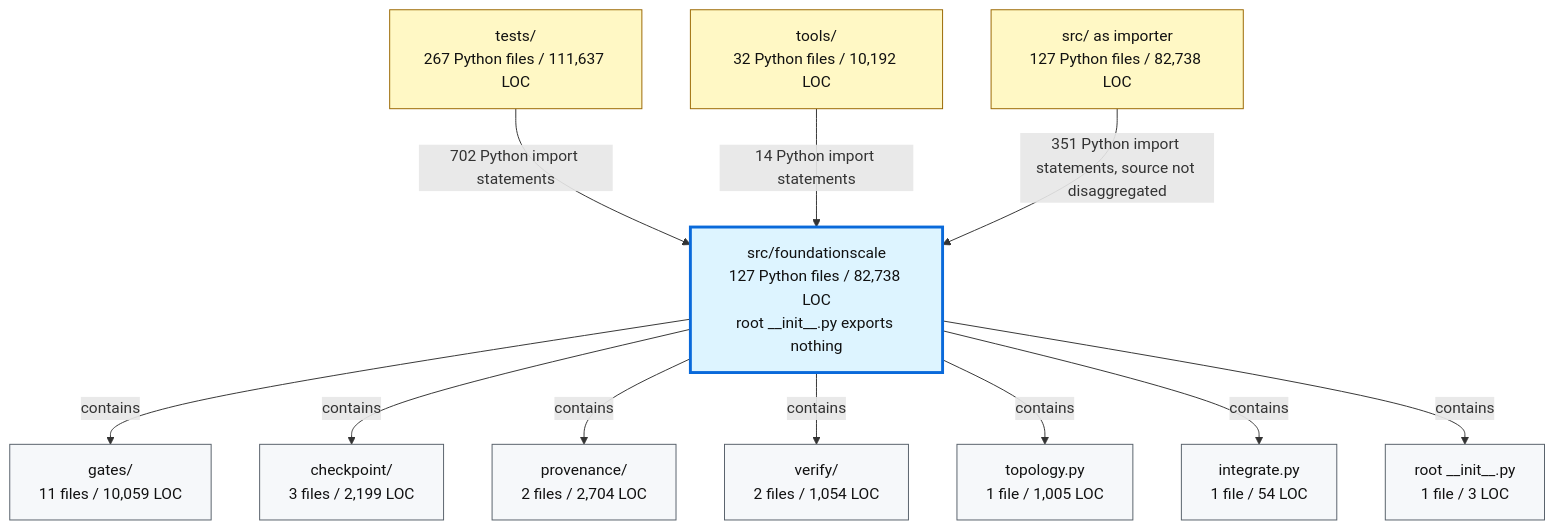
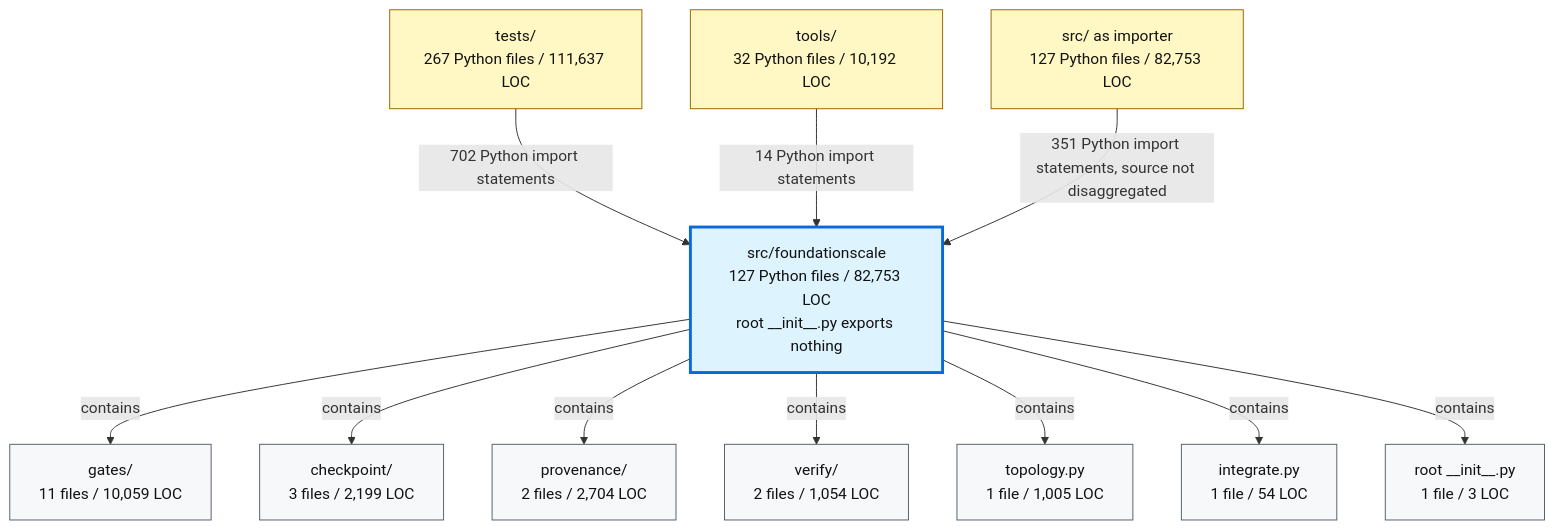
One commit to TranNhiem/FoundationScale changed the second of 2 diagrams in docs/review/D2_current_architecture.md. Above: the diagram before and after it, drawn with Mermaid. The commit also changed other lines of this file and 10 other files, not shown here.

````diff
--- a/docs/review/D2_current_architecture.md
+++ b/docs/review/D2_current_architecture.md
@@ -97,36 +97,36 @@
 ```mermaid
 flowchart TB
   TESTS["tests/<br/>267 Python files / 111,637 LOC"]
   TOOLS["tools/<br/>32 Python files / 10,192 LOC"]
-  SRC["src/ as importer<br/>127 Python files / 82,738 LOC"]
+  SRC["src/ as importer<br/>127 Python files / 82,753 LOC"]
 
-  FS["src/foundationscale<br/>127 Python files / 82,738 LOC<br/>root __init__.py exports nothing"]
+  FS["src/foundationscale<br/>127 Python files / 82,753 LOC<br/>root __init__.py exports nothing"]
 
   GATES["gates/<br/>11 files / 10,059 LOC"]
   CKPT["checkpoint/<br/>3 files / 2,199 LOC"]
   PROV["provenance/<br/>2 files / 2,704 LOC"]
   VERIFY["verify/<br/>2 files / 1,054 LOC"]
   TOPO["topology.py<br/>1 file / 1,005 LOC"]
   INTEG["integrate.py<br/>1 file / 54 LOC"]
   ROOT["root __init__.py<br/>1 file / 3 LOC"]
 
   TESTS -->|"702 Python import statements"| FS
   TOOLS -->|"14 Python import statements"| FS
   SRC -->|"351 Python import statements, source not disaggregated"| FS
 
   FS -->|"contains"| GATES
   FS -->|"contains"| CKPT
   FS -->|"contains"| PROV
   FS -->|"contains"| VERIFY
   FS -->|"contains"| TOPO
   FS -->|"contains"| INTEG
   FS -->|"contains"| ROOT
 
   classDef consumer fill:#fff8c5,stroke:#9a6700,color:#111;
   classDef package fill:#ddf4ff,stroke:#0969da,stroke-width:3px,color:#111;
   classDef module fill:#f6f8fa,stroke:#57606a,color:#111;
 
   class TESTS,TOOLS,SRC consumer;
   class FS package;
   class GATES,CKPT,PROV,VERIFY,TOPO,INTEG,ROOT module;
 ```
````
